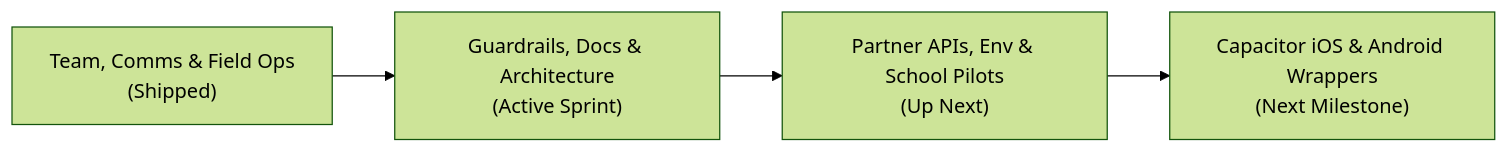
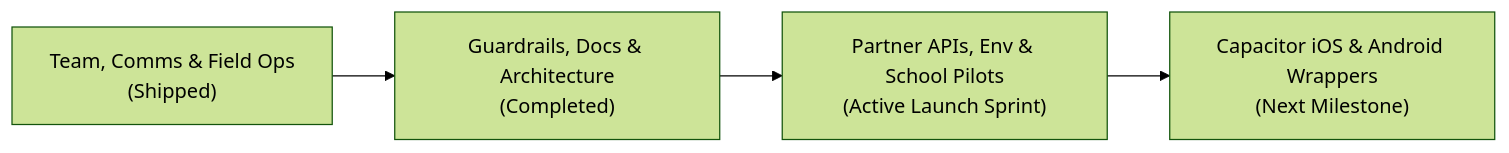
Before and after one commit to eitally/AeroPulse: the diagram in docs/ROADMAP.md, drawn with Mermaid (forest theme). The commit also changed other lines of this file and 5 other files, not shown here.

````diff
--- a/docs/ROADMAP.md
+++ b/docs/ROADMAP.md
@@ -6,6 +6,6 @@
 ```mermaid
 flowchart LR
-  P1["Team, Comms & Field Ops\n(Shipped)"] --> P2["Guardrails, Docs & Architecture\n(Active Sprint)"]
-  P2 --> P3["Partner APIs, Env & School Pilots\n(Up Next)"]
+  P1["Team, Comms & Field Ops\n(Shipped)"] --> P2["Guardrails, Docs & Architecture\n(Completed)"]
+  P2 --> P3["Partner APIs, Env & School Pilots\n(Active Launch Sprint)"]
   P3 --> P4["Capacitor iOS & Android Wrappers\n(Next Milestone)"]
 ```
````
